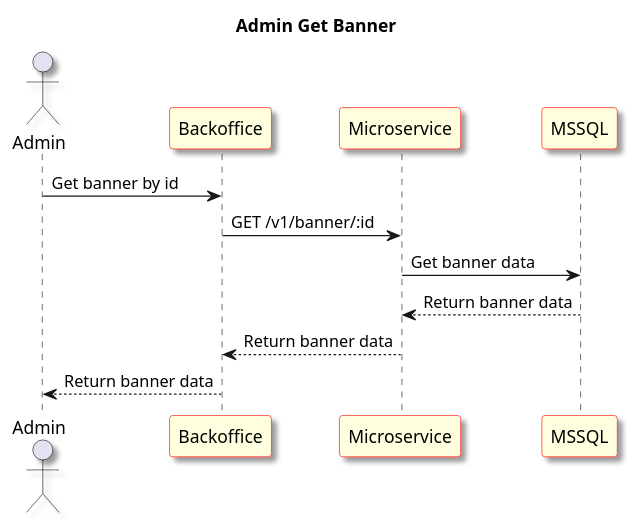
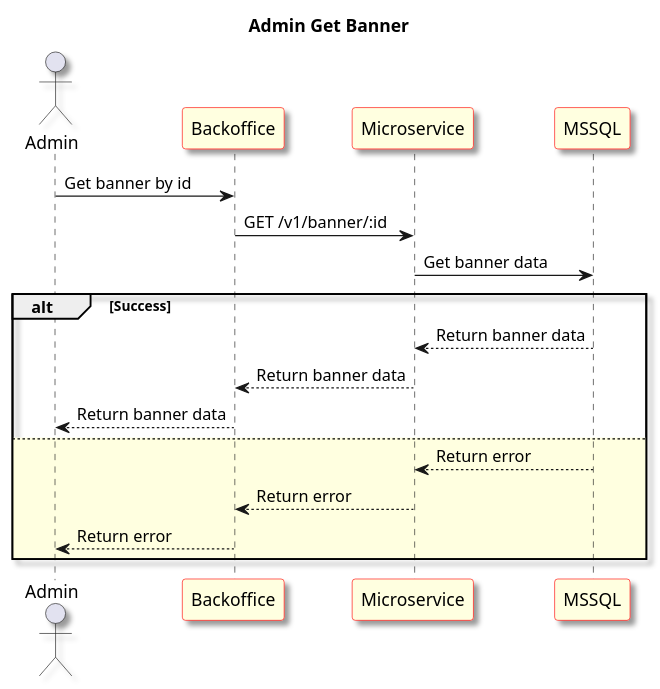
The diagram in Sequence-Diagram/13. AdminGetBanner.wsd (aofiee/Job1-Diagram), drawn with PlantUML before and after one commit. The commit also changed 56 other files, not shown here.

```diff
--- a/Sequence-Diagram/13. AdminGetBanner.wsd
+++ b/Sequence-Diagram/13. AdminGetBanner.wsd
@@ -1,26 +1,37 @@
 @startuml Admin Get Banner
 skinparam shadowing true
 skinparam sequence {
 	ParticipantBackgroundColor LightYellow
 	ParticipantBorderColor red
 }
 Title: Admin Get Banner
 actor "Admin" as User1
 participant "Backoffice" as Frontend
 participant "Microservice" as Microservice
 participant "MSSQL" as Database
 
 User1 -> Frontend: Get banner by id
 
 Frontend -> Microservice: GET /v1/banner/:id
 
 Microservice -> Database: Get banner data
 
+alt Success
+
 Database --> Microservice: Return banner data
 
 Microservice --> Frontend: Return banner data
 
 Frontend --> User1: Return banner data
 
+else #LightYellow
+
+Database --> Microservice: Return error
+
+Microservice --> Frontend: Return error
+
+Frontend --> User1: Return error
+
+end
 
 @enduml
```
